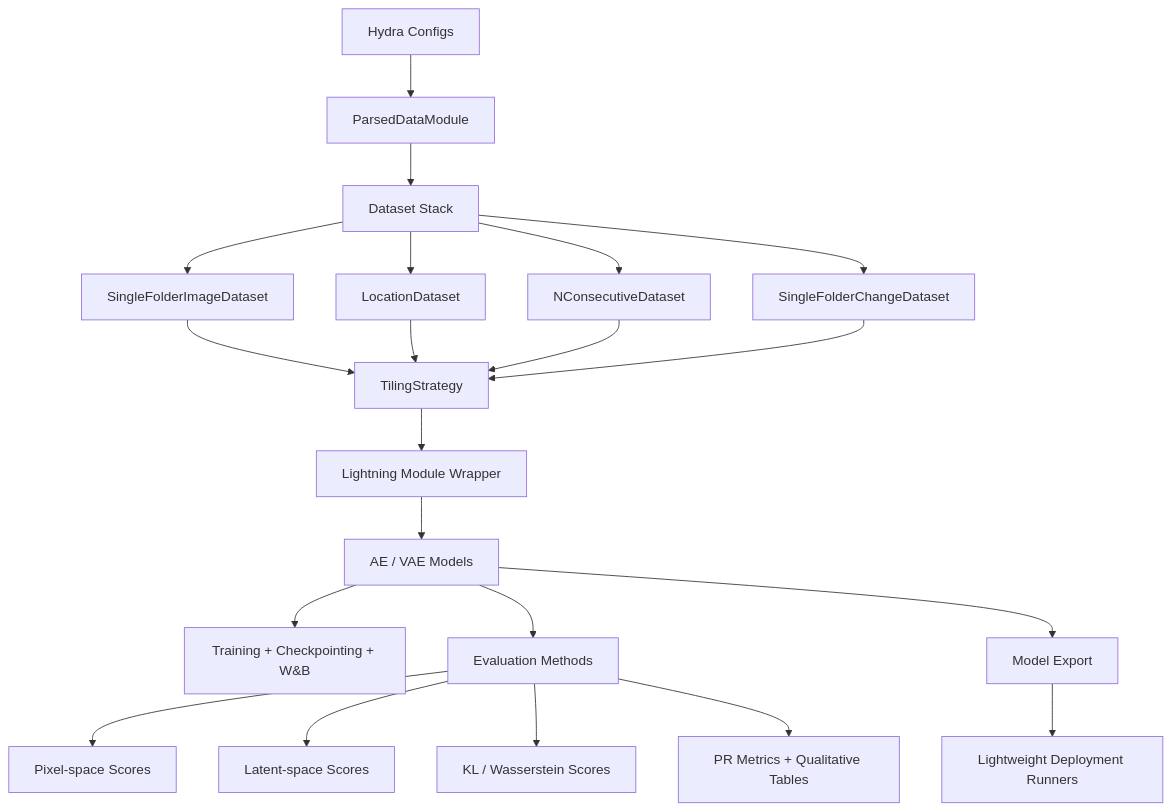
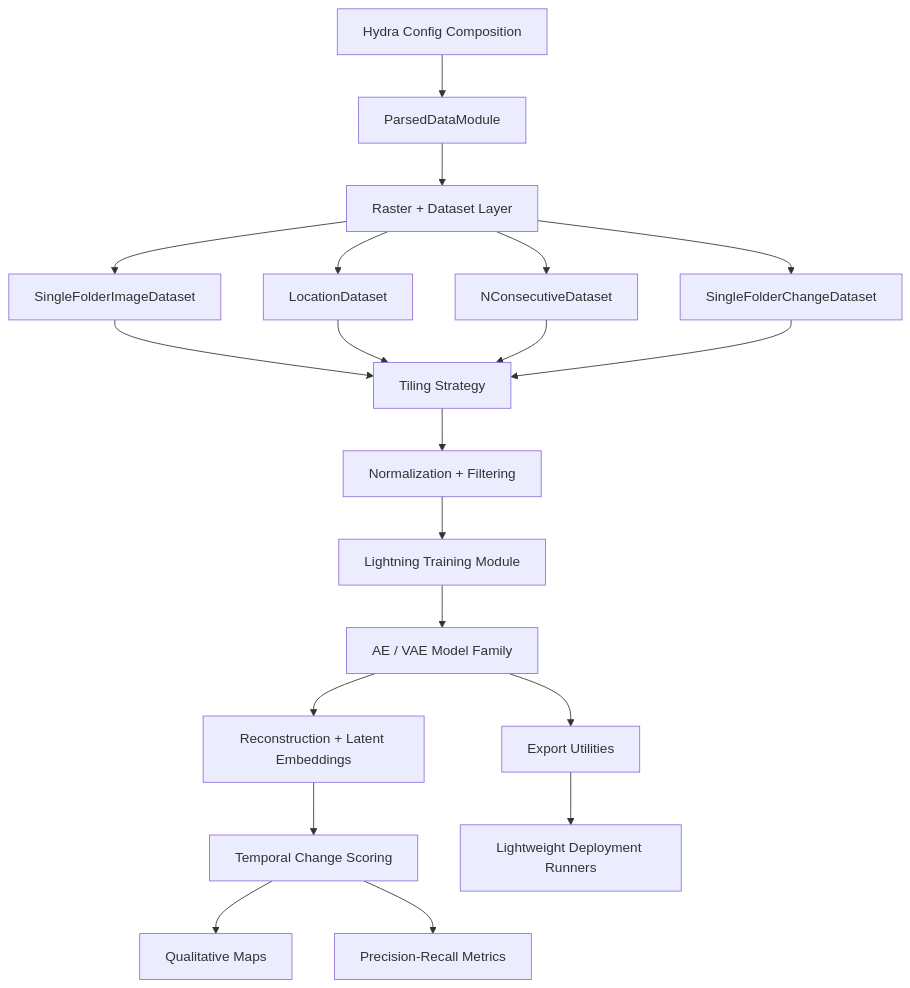
One commit to DevDesai444/EdgeSat-CV-Edge-Optimized-Satellite-Imagery-Classification changed the first of 2 diagrams in README.md. Above: the diagram before and after it, drawn with Mermaid. The commit also changed other lines of this file, not shown here.

````diff
--- a/README.md
+++ b/README.md
@@ -42,23 +70,22 @@
 ```mermaid
 flowchart TD
-    A["Hydra Configs"] --> B["ParsedDataModule"]
-    B --> C["Dataset Stack"]
+    A["Hydra Config Composition"] --> B["ParsedDataModule"]
+    B --> C["Raster + Dataset Layer"]
     C --> C1["SingleFolderImageDataset"]
     C --> C2["LocationDataset"]
     C --> C3["NConsecutiveDataset"]
     C --> C4["SingleFolderChangeDataset"]
-    C1 --> D["TilingStrategy"]
+    C1 --> D["Tiling Strategy"]
     C2 --> D
     C3 --> D
     C4 --> D
-    D --> E["Lightning Module Wrapper"]
-    E --> F["AE / VAE Models"]
-    F --> G["Training + Checkpointing + W&B"]
-    F --> H["Evaluation Methods"]
-    H --> I["Pixel-space Scores"]
-    H --> J["Latent-space Scores"]
-    H --> K["KL / Wasserstein Scores"]
-    H --> L["PR Metrics + Qualitative Tables"]
-    F --> M["Model Export"]
-    M --> N["Lightweight Deployment Runners"]
+    D --> E["Normalization + Filtering"]
+    E --> F["Lightning Training Module"]
+    F --> G["AE / VAE Model Family"]
+    G --> H["Reconstruction + Latent Embeddings"]
+    H --> I["Temporal Change Scoring"]
+    I --> J["Qualitative Maps"]
+    I --> K["Precision-Recall Metrics"]
+    G --> L["Export Utilities"]
+    L --> M["Lightweight Deployment Runners"]
 ```
````
